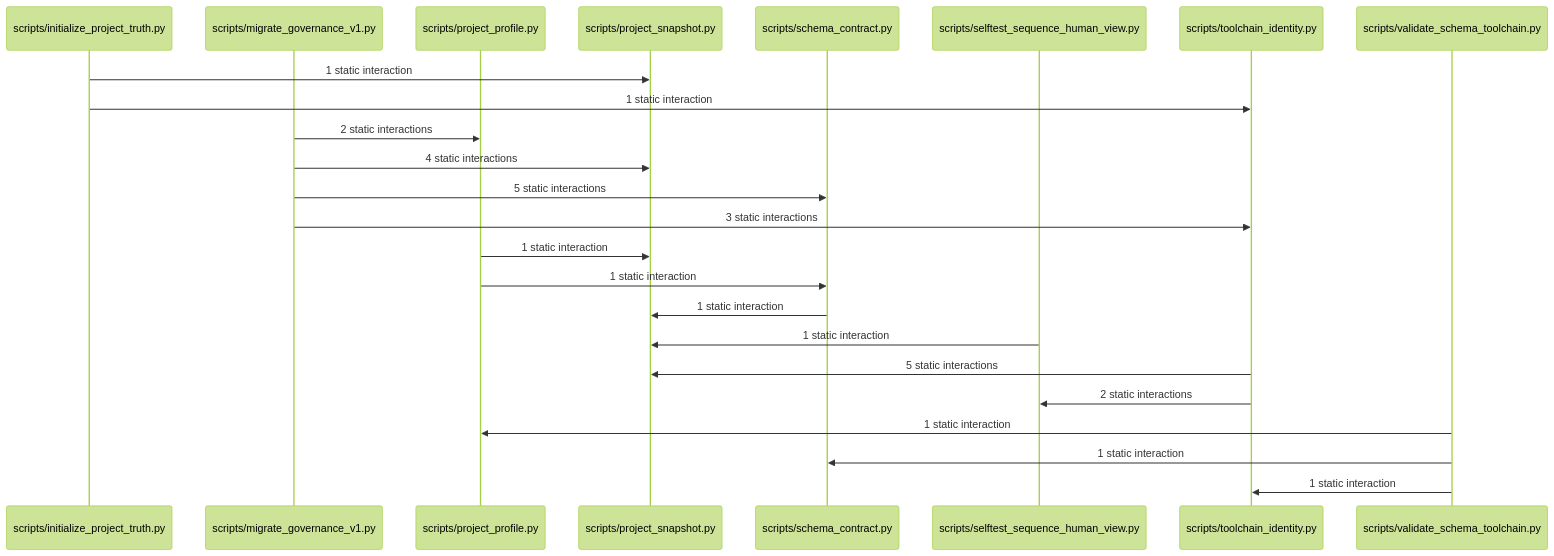
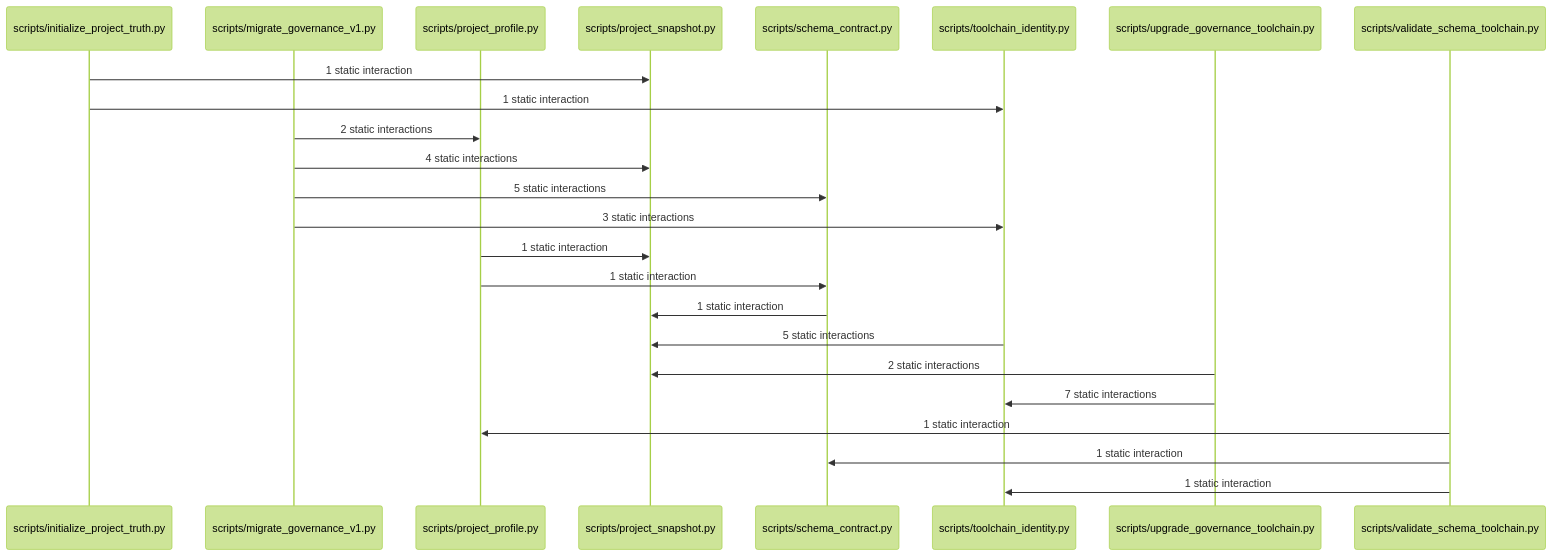
One commit to maxqstudio/Skill_Workflow changed the diagram in docs/sequence/generated/SW2-22-GOVERNANCE.human.mmd. Above: the diagram before and after it, drawn with Mermaid (forest theme). The commit also changed 82 other files, not shown here.

```diff
--- a/docs/sequence/generated/SW2-22-GOVERNANCE.human.mmd
+++ b/docs/sequence/generated/SW2-22-GOVERNANCE.human.mmd
@@ -1,28 +1,28 @@
 %% GENERATED FILE - DO NOT EDIT
-%% SOURCE_DIGEST: d55c1b60014addb131cea9723859bacbffa49378aebed7af1d7d211c969715b3
+%% SOURCE_DIGEST: fd55883a78eb907bf3cfb3caa473d46de9f2caa3354c1588e71b8fb9baf42623
 %% POLICY_ID: module-collapse-v1
 %% GENERATED_BY: sequence_human_view.py
 sequenceDiagram
     participant module_scripts_initialize_project_truth_py_0 as scripts/initialize_project_truth.py
     participant module_scripts_migrate_governance_v1_py_1 as scripts/migrate_governance_v1.py
     participant module_scripts_project_profile_py_2 as scripts/project_profile.py
     participant module_scripts_project_snapshot_py_3 as scripts/project_snapshot.py
     participant module_scripts_schema_contract_py_4 as scripts/schema_contract.py
-    participant module_scripts_selftest_sequence_human_view_py_5 as scripts/selftest_sequence_human_view.py
-    participant module_scripts_toolchain_identity_py_6 as scripts/toolchain_identity.py
+    participant module_scripts_toolchain_identity_py_5 as scripts/toolchain_identity.py
+    participant module_scripts_upgrade_governance_toolchain_py_6 as scripts/upgrade_governance_toolchain.py
     participant module_scripts_validate_schema_toolchain_py_7 as scripts/validate_schema_toolchain.py
     module_scripts_initialize_project_truth_py_0->>module_scripts_project_snapshot_py_3: 1 static interaction
-    module_scripts_initialize_project_truth_py_0->>module_scripts_toolchain_identity_py_6: 1 static interaction
+    module_scripts_initialize_project_truth_py_0->>module_scripts_toolchain_identity_py_5: 1 static interaction
     module_scripts_migrate_governance_v1_py_1->>module_scripts_project_profile_py_2: 2 static interactions
     module_scripts_migrate_governance_v1_py_1->>module_scripts_project_snapshot_py_3: 4 static interactions
     module_scripts_migrate_governance_v1_py_1->>module_scripts_schema_contract_py_4: 5 static interactions
-    module_scripts_migrate_governance_v1_py_1->>module_scripts_toolchain_identity_py_6: 3 static interactions
+    module_scripts_migrate_governance_v1_py_1->>module_scripts_toolchain_identity_py_5: 3 static interactions
     module_scripts_project_profile_py_2->>module_scripts_project_snapshot_py_3: 1 static interaction
     module_scripts_project_profile_py_2->>module_scripts_schema_contract_py_4: 1 static interaction
     module_scripts_schema_contract_py_4->>module_scripts_project_snapshot_py_3: 1 static interaction
-    module_scripts_selftest_sequence_human_view_py_5->>module_scripts_project_snapshot_py_3: 1 static interaction
-    module_scripts_toolchain_identity_py_6->>module_scripts_project_snapshot_py_3: 5 static interactions
-    module_scripts_toolchain_identity_py_6->>module_scripts_selftest_sequence_human_view_py_5: 2 static interactions
+    module_scripts_toolchain_identity_py_5->>module_scripts_project_snapshot_py_3: 5 static interactions
+    module_scripts_upgrade_governance_toolchain_py_6->>module_scripts_project_snapshot_py_3: 2 static interactions
+    module_scripts_upgrade_governance_toolchain_py_6->>module_scripts_toolchain_identity_py_5: 7 static interactions
     module_scripts_validate_schema_toolchain_py_7->>module_scripts_project_profile_py_2: 1 static interaction
     module_scripts_validate_schema_toolchain_py_7->>module_scripts_schema_contract_py_4: 1 static interaction
-    module_scripts_validate_schema_toolchain_py_7->>module_scripts_toolchain_identity_py_6: 1 static interaction
+    module_scripts_validate_schema_toolchain_py_7->>module_scripts_toolchain_identity_py_5: 1 static interaction
```
